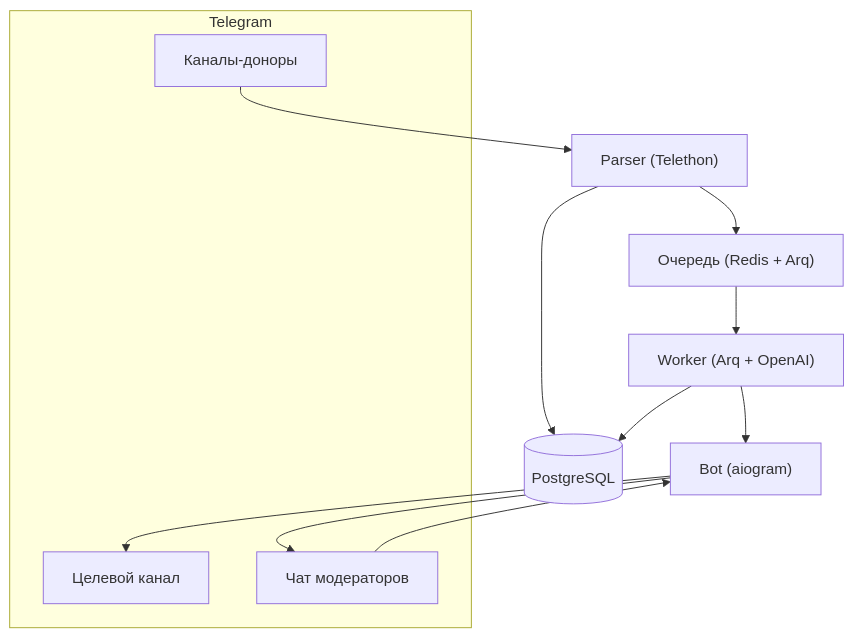
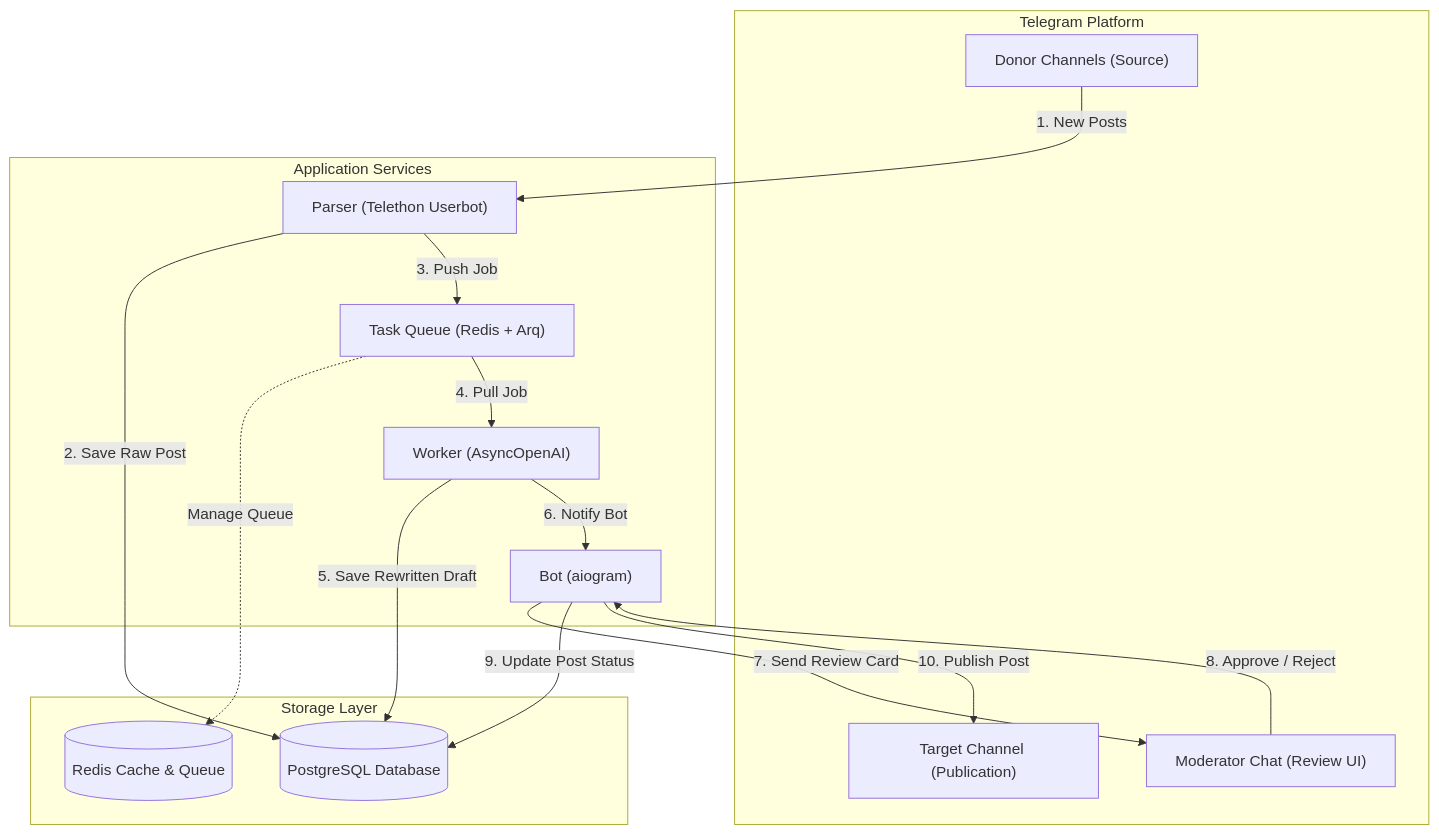
Before and after one commit to ivanchik-byte/Telegram-Channel-Admin: the diagram in README.md, drawn with Mermaid.

Commit message:
docs: detail system architecture diagram and fix rendering bugs

````diff
--- a/README.md
+++ b/README.md
@@ -24,24 +24,33 @@
 ```mermaid
 flowchart TD
-    subgraph Telegram ["Telegram"]
-        Donor["Каналы-доноры"]
-        Target["Целевой канал"]
-        ModChat["Чат модераторов"]
+    subgraph Telegram ["Telegram Platform"]
+        Donors["Donor Channels (Source)"]
+        TargetChannel["Target Channel (Publication)"]
+        ModGroup["Moderator Chat (Review UI)"]
     end
 
-    Parser["Parser (Telethon)"]
-    DB[("PostgreSQL")]
-    Queue["Очередь (Redis + Arq)"]
-    Worker["Worker (Arq + OpenAI)"]
-    Bot["Bot (aiogram)"]
+    subgraph Services ["Application Services"]
+        Parser["Parser (Telethon Userbot)"]
+        Queue["Task Queue (Redis + Arq)"]
+        Worker["Worker (AsyncOpenAI)"]
+        Bot["Bot (aiogram)"]
+    end
 
-    Donor --> Parser
-    Parser --> DB
-    Parser --> Queue
-    Queue --> Worker
-    Worker --> DB
-    Worker --> Bot
-    Bot --> ModChat
-    ModChat --> Bot
-    Bot --> Target
+    subgraph Storage ["Storage Layer"]
+        DB[("PostgreSQL Database")]
+        RedisDB[("Redis Cache & Queue")]
+    end
+
+    %% Flow
+    Donors -->|1. New Posts| Parser
+    Parser -->|2. Save Raw Post| DB
+    Parser -->|3. Push Job| Queue
+    Queue -.->|Manage Queue| RedisDB
+    Queue -->|4. Pull Job| Worker
+    Worker -->|5. Save Rewritten Draft| DB
+    Worker -->|6. Notify Bot| Bot
+    Bot -->|7. Send Review Card| ModGroup
+    ModGroup -->|8. Approve / Reject| Bot
+    Bot -->|9. Update Post Status| DB
+    Bot -->|10. Publish Post| TargetChannel
 ```
````
